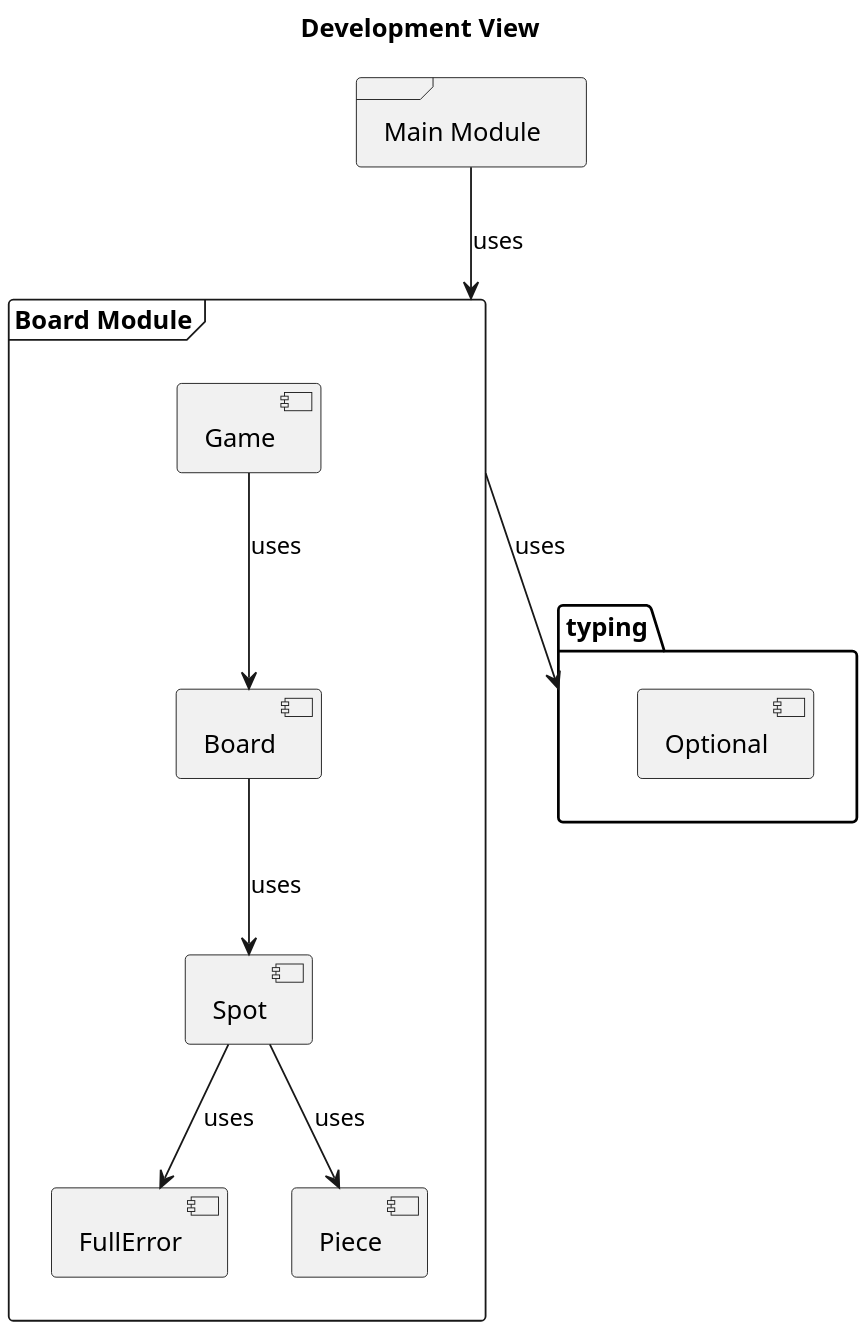
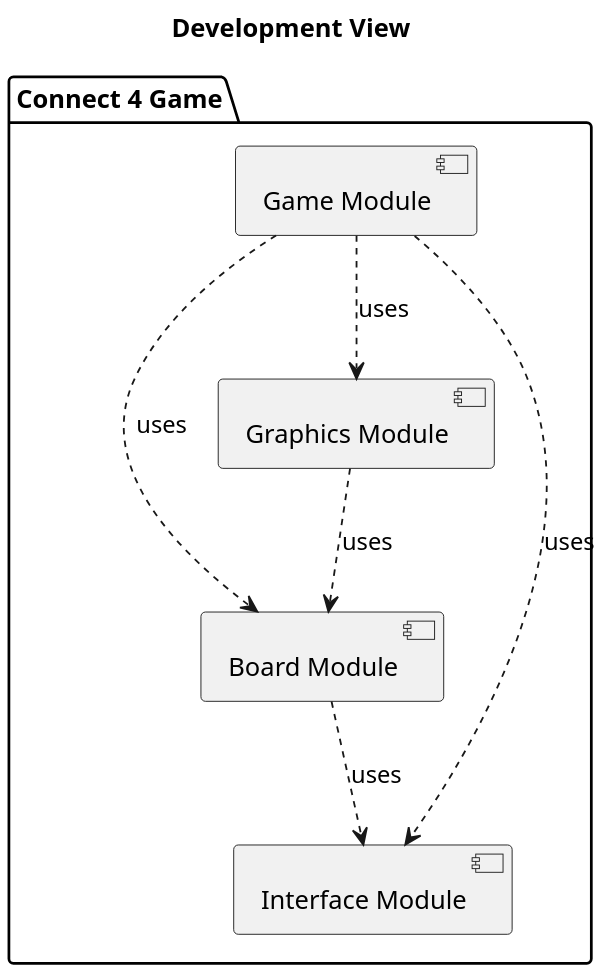
One commit to austin-s970/OOP-Connect4 changed the diagram in design-analysis/Development_View.plantuml. Above: the diagram before and after it, drawn with PlantUML. The commit also changed 9 other files, not shown here.

```diff
--- a/design-analysis/Development_View.plantuml
+++ b/design-analysis/Development_View.plantuml
@@ -1,21 +1,20 @@
 @startuml
+title Development View
 scale 2
-title "Development View"
 
-package "typing" {
-    [Optional]
+package "Connect 4 Game" {
+  [Game Module]
+  [Board Module]
+  [Interface Module]
+  [Graphics Module]
 }
 
-frame "Board Module" {
-    [Board Module] --> [typing] : uses
-    [Spot] --> [FullError] : uses
-    [Spot] --> [Piece] : uses
-    [Board] --> [Spot] : uses
-    [Game] --> [Board] : uses
-}
+[Game Module] ..> [Board Module] : uses
+[Game Module] ..> [Interface Module] : uses
+[Game Module] ..> [Graphics Module] : uses
 
-frame "Main Module" {
-    [Main Module] --> [Board Module] : uses
-}
+[Board Module] ..> [Interface Module] : uses
+
+[Graphics Module] ..> [Board Module] : uses
 
 @enduml
```
